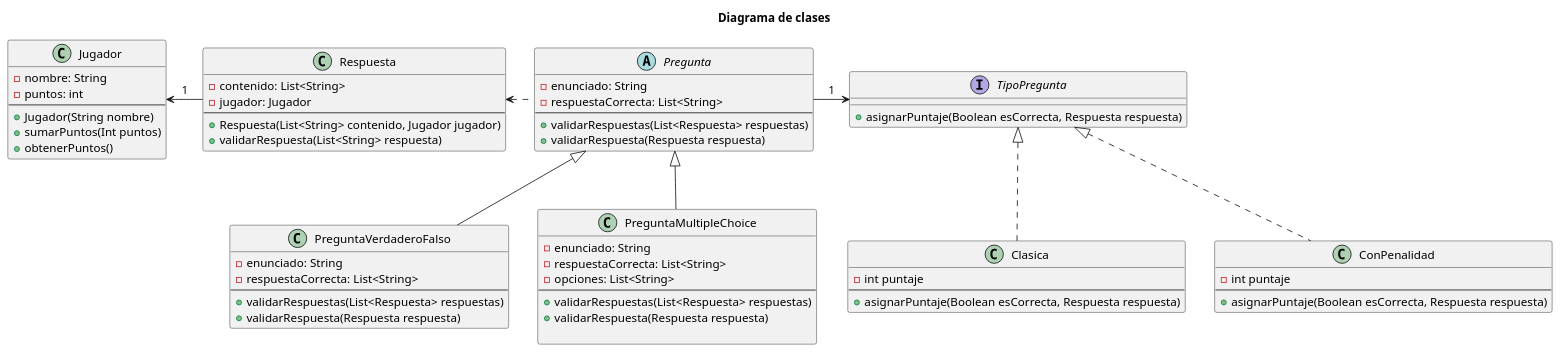
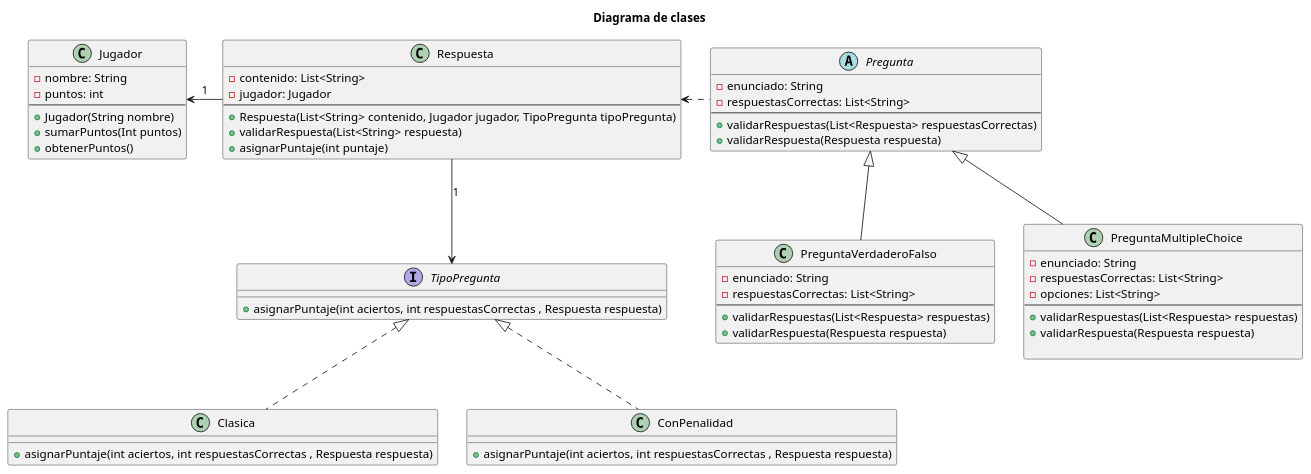
One commit to laldonate96/Algo3-TP2 changed the diagram in diagrams/classes/diagrama_clase_entrega_1.puml. Above: the diagram before and after it, drawn with PlantUML. The commit also changed 10 other files, not shown here.

Commit message:
Refactor a Respuesta y TipoPregunta

```diff
--- a/diagrams/classes/diagrama_clase_entrega_1.puml
+++ b/diagrams/classes/diagrama_clase_entrega_1.puml
@@ -1,67 +1,64 @@
 @startuml diagrama de clases
 title Diagrama de clases
 
 class Jugador{
     - nombre: String
     - puntos: int
     ---
     + Jugador(String nombre)
     + sumarPuntos(Int puntos)
     + obtenerPuntos()
 }
 
-Class Respuesta{
+Class Respuesta {
     - contenido: List<String>
     - jugador: Jugador
     ---
-    + Respuesta(List<String> contenido, Jugador jugador)
+    + Respuesta(List<String> contenido, Jugador jugador, TipoPregunta tipoPregunta)
     + validarRespuesta(List<String> respuesta)
+    + asignarPuntaje(int puntaje)
 }
 
 interface TipoPregunta {
-    + asignarPuntaje(Boolean esCorrecta, Respuesta respuesta)
+    + asignarPuntaje(int aciertos, int respuestasCorrectas , Respuesta respuesta)
 }
 
 class Clasica implements TipoPregunta{
-    - int puntaje
-    ---
-    + asignarPuntaje(Boolean esCorrecta, Respuesta respuesta)
+    + asignarPuntaje(int aciertos, int respuestasCorrectas , Respuesta respuesta)
 }
 
 class ConPenalidad implements TipoPregunta{
-    - int puntaje
-    ---
-    + asignarPuntaje(Boolean esCorrecta, Respuesta respuesta)
+    + asignarPuntaje(int aciertos, int respuestasCorrectas , Respuesta respuesta)
 }
 
 abstract class Pregunta {
     - enunciado: String
-    - respuestaCorrecta: List<String>
+    - respuestasCorrectas: List<String>
     ---
-    + validarRespuestas(List<Respuesta> respuestas)
+    + validarRespuestas(List<Respuesta> respuestasCorrectas)
     + validarRespuesta(Respuesta respuesta)
 }
 
 class PreguntaVerdaderoFalso extends Pregunta {
     - enunciado: String
-    - respuestaCorrecta: List<String>
+    - respuestasCorrectas: List<String>
     ---
     + validarRespuestas(List<Respuesta> respuestas)
     + validarRespuesta(Respuesta respuesta)
 }
 
 class PreguntaMultipleChoice extends Pregunta {
     - enunciado: String
-    - respuestaCorrecta: List<String>
+    - respuestasCorrectas: List<String>
     - opciones: List<String>
     ---
     + validarRespuestas(List<Respuesta> respuestas)
     + validarRespuesta(Respuesta respuesta)
 
 }
 
 Respuesta -l-> Jugador: "1"
-Pregunta -r-> TipoPregunta: "1"
+Respuesta --> TipoPregunta: "1"
 Pregunta -l.> Respuesta
 
 @enduml
```
